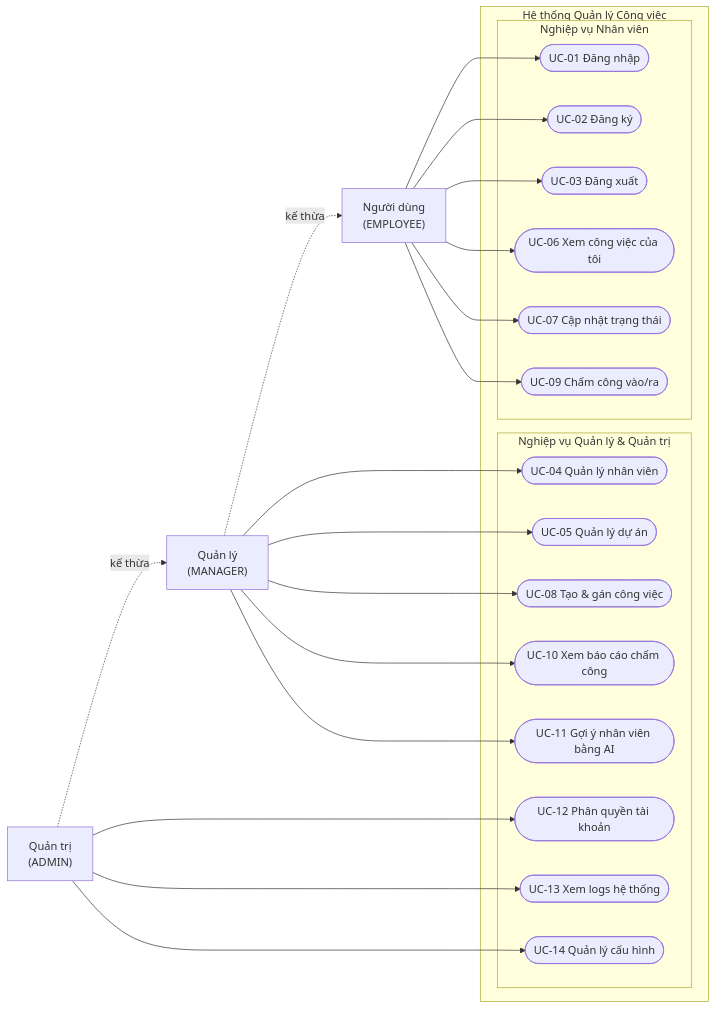
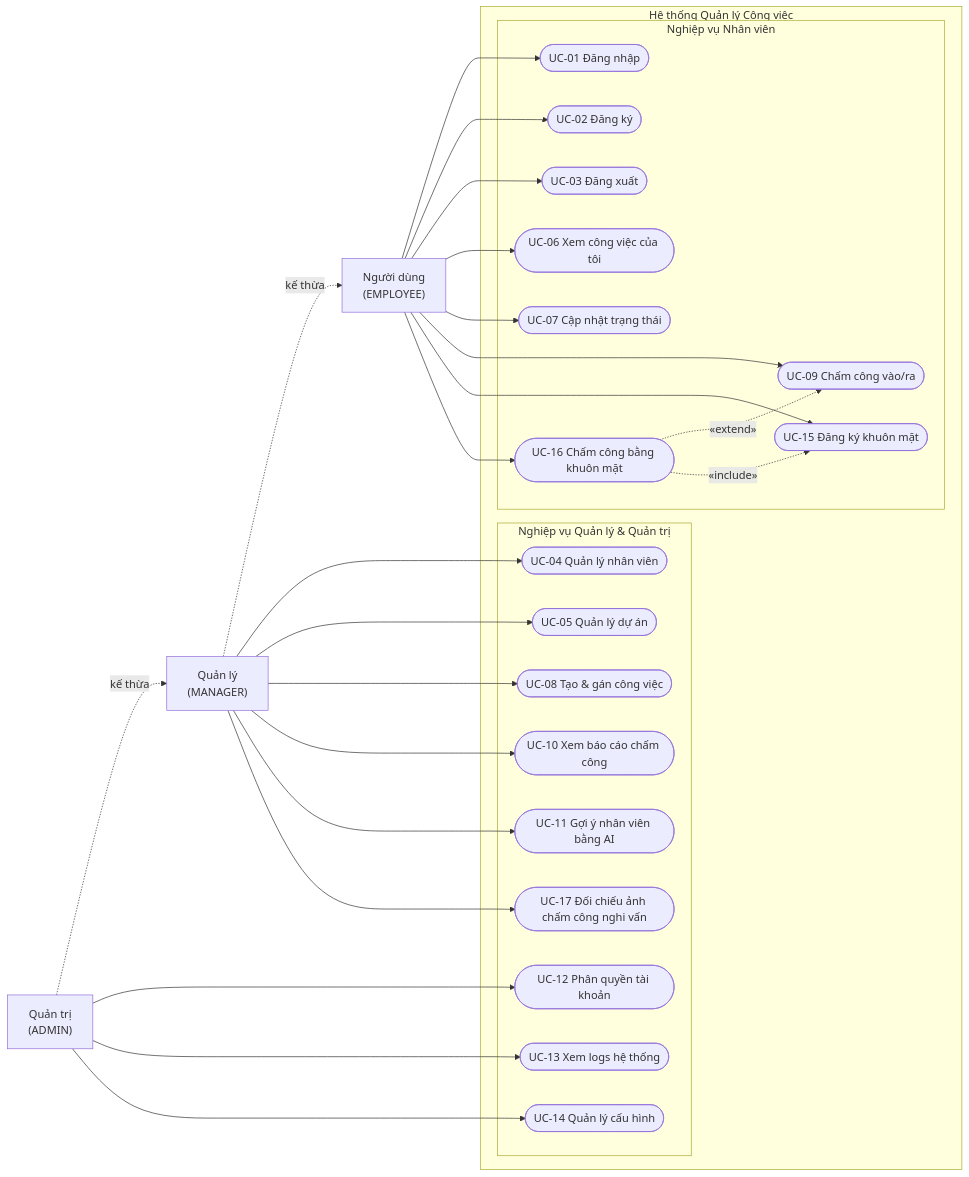
Before and after one commit to nhathao428/taskhub: the first of 22 diagrams in docs/UML_DIAGRAMS.md, drawn with Mermaid. The commit also changed other lines of this file and 2 other files, not shown here.

Commit message:
docs: cap nhat README + UML cho module khuon mat, them DATABASE_SCHEMA, sua 3 link docs bi hong

````diff
--- a/docs/UML_DIAGRAMS.md
+++ b/docs/UML_DIAGRAMS.md
@@ -15,31 +17,36 @@
 ```mermaid
 flowchart LR
   User["Người dùng<br/>(EMPLOYEE)"]
   Manager["Quản lý<br/>(MANAGER)"]
   Admin["Quản trị<br/>(ADMIN)"]
   Admin -. kế thừa .-> Manager
   Manager -. kế thừa .-> User
   subgraph SYS["Hệ thống Quản lý Công việc"]
     subgraph P1["Nghiệp vụ Nhân viên"]
       UC01(["UC-01 Đăng nhập"])
       UC02(["UC-02 Đăng ký"])
       UC03(["UC-03 Đăng xuất"])
       UC06(["UC-06 Xem công việc của tôi"])
       UC07(["UC-07 Cập nhật trạng thái"])
       UC09(["UC-09 Chấm công vào/ra"])
+      UC15(["UC-15 Đăng ký khuôn mặt"])
+      UC16(["UC-16 Chấm công bằng khuôn mặt"])
     end
     subgraph P2["Nghiệp vụ Quản lý & Quản trị"]
       UC04(["UC-04 Quản lý nhân viên"])
       UC05(["UC-05 Quản lý dự án"])
       UC08(["UC-08 Tạo & gán công việc"])
       UC10(["UC-10 Xem báo cáo chấm công"])
       UC11(["UC-11 Gợi ý nhân viên bằng AI"])
       UC12(["UC-12 Phân quyền tài khoản"])
       UC13(["UC-13 Xem logs hệ thống"])
       UC14(["UC-14 Quản lý cấu hình"])
+      UC17(["UC-17 Đối chiếu ảnh chấm công nghi vấn"])
     end
   end
-  User --> UC01 & UC02 & UC03 & UC06 & UC07 & UC09
-  Manager --> UC04 & UC05 & UC08 & UC10 & UC11
+  User --> UC01 & UC02 & UC03 & UC06 & UC07 & UC09 & UC15 & UC16
+  Manager --> UC04 & UC05 & UC08 & UC10 & UC11 & UC17
   Admin --> UC12 & UC13 & UC14
+  UC16 -. «extend» .-> UC09
+  UC16 -. «include» .-> UC15
 ```
````
